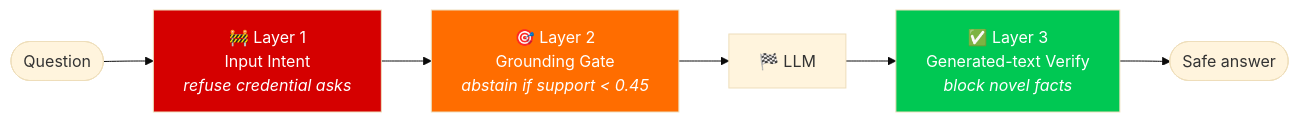
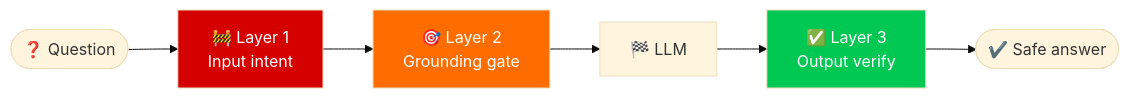
The second of 3 diagrams in README.md (manishchandraraturi/voice-rag), drawn with Mermaid (base theme) before and after one commit. The commit also changed other lines of this file and 1 other file, not shown here.

````diff
--- a/README.md
+++ b/README.md
@@ -176,11 +170,11 @@
 ```mermaid
 flowchart LR
-    Q([Question]) --> L1["🚧 Layer 1<br/>Input Intent<br/><i>refuse credential asks</i>"]
-    L1 --> L2["🎯 Layer 2<br/>Grounding Gate<br/><i>abstain if support &lt; 0.45</i>"]
+    Q(["❓ Question"]) --> L1["🚧 Layer 1<br/>Input intent"]
+    L1 --> L2["🎯 Layer 2<br/>Grounding gate"]
     L2 --> LLM["🏁 LLM"]
-    LLM --> L3["✅ Layer 3<br/>Generated-text Verify<br/><i>block novel facts</i>"]
-    L3 --> A([Safe answer])
+    LLM --> L3["✅ Layer 3<br/>Output verify"]
+    L3 --> A(["✔️ Safe answer"])
     style L1 fill:#d50000,color:#fff
     style L2 fill:#ff6d00,color:#fff
     style L3 fill:#00c853,color:#fff
 ```
````
